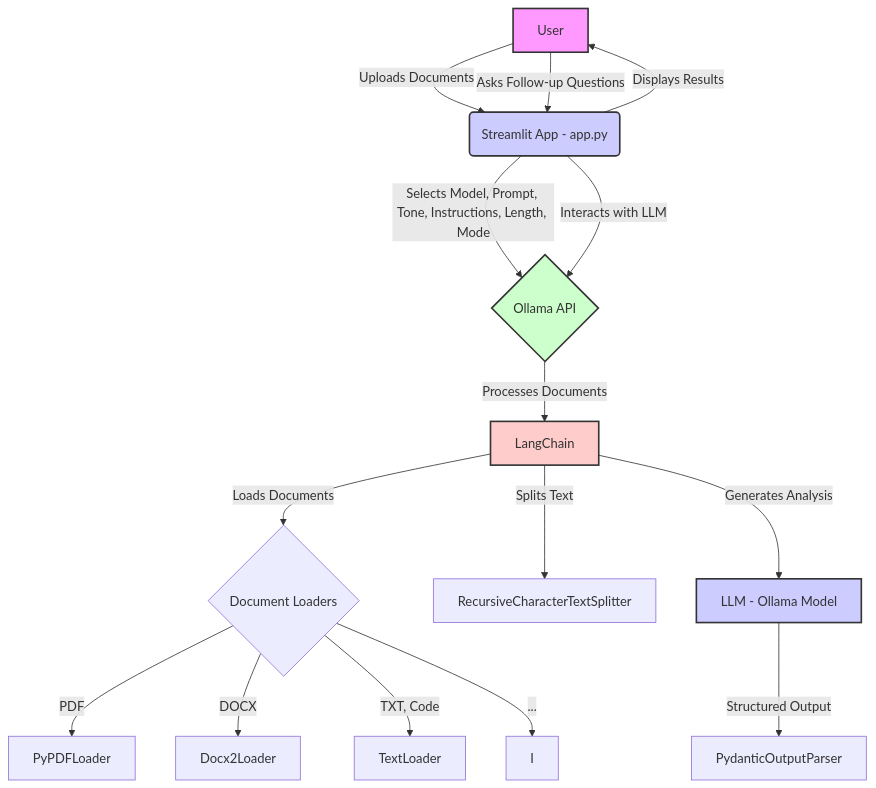
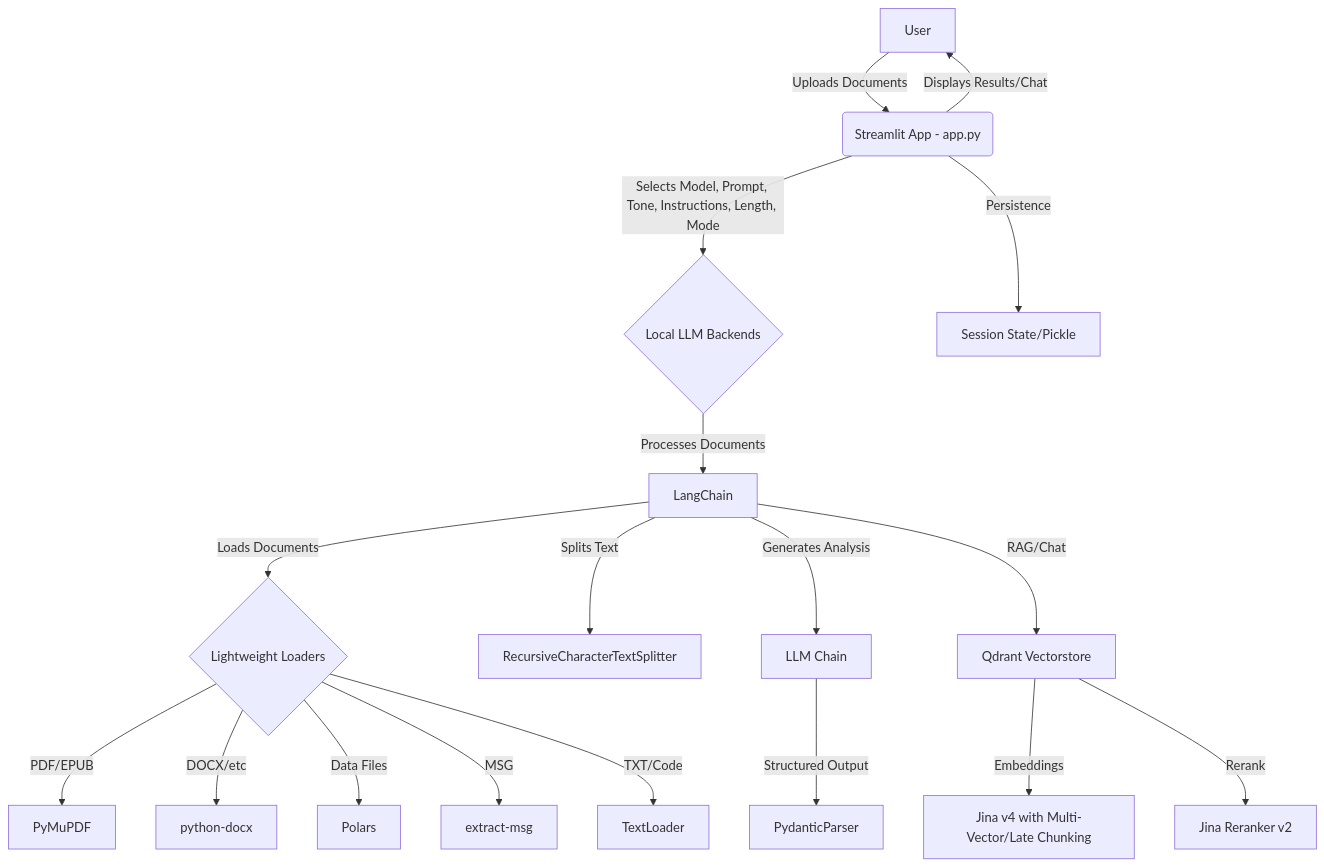
One commit to BjornMelin/docmind-ai-llm changed the diagram in README.md. Above: the diagram before and after it, drawn with Mermaid. The commit also changed other lines of this file, not shown here.

Commit message:
docs: enhance README.md: Add new features for multimodal support and advanced RAG, and reorganize the table of contents for clarity.

````diff
--- a/README.md
+++ b/README.md
@@ -186,23 +190,20 @@
 ```mermaid
 graph TD
     A[User] -->|Uploads Documents| B(Streamlit App - app.py);
-    B -->|Selects Model, Prompt, Tone, Instructions, Length, Mode| C{Ollama API};
+    B -->|Selects Model, Prompt, Tone, Instructions, Length, Mode| C{Local LLM Backends};
     C -->|Processes Documents| D[LangChain];
-    D -->|Loads Documents| E{Document Loaders};
-    E -->|PDF| F[PyPDFLoader];
-    E -->|DOCX| G[Docx2Loader];
-    E -->|TXT, Code| H[TextLoader];
-    E -->|...| I;
-    D -->|Splits Text| J[RecursiveCharacterTextSplitter];
-    D -->|Generates Analysis| K[LLM - Ollama Model];
-    K -->|Structured Output| L[PydanticOutputParser];
-    B -->|Displays Results| A;
-    A -->|Asks Follow-up Questions| B;
-    B -->|Interacts with LLM| C;
-
-    style A fill:#f9f,stroke:#333,stroke-width:2px
-    style B fill:#ccf,stroke:#333,stroke-width:2px
-    style C fill:#cfc,stroke:#333,stroke-width:2px
-    style D fill:#fcc,stroke:#333,stroke-width:2px
-    style K fill:#ccf,stroke:#333,stroke-width:2px
+    D -->|Loads Documents| E{Lightweight Loaders};
+    E -->|PDF/EPUB| F[PyMuPDF];
+    E -->|DOCX/etc| G[python-docx];
+    E -->|Data Files| H[Polars];
+    E -->|MSG| I[extract-msg];
+    E -->|TXT/Code| J[TextLoader];
+    D -->|Splits Text| K[RecursiveCharacterTextSplitter];
+    D -->|Generates Analysis| L[LLM Chain];
+    L -->|Structured Output| M[PydanticParser];
+    D -->|RAG/Chat| N[Qdrant Vectorstore];
+    N -->|Embeddings| O[Jina v4 with Multi-Vector/Late Chunking];
+    N -->|Rerank| P[Jina Reranker v2];
+    B -->|Displays Results/Chat| A;
+    B -->|Persistence| Q[Session State/Pickle];
 ```
````
